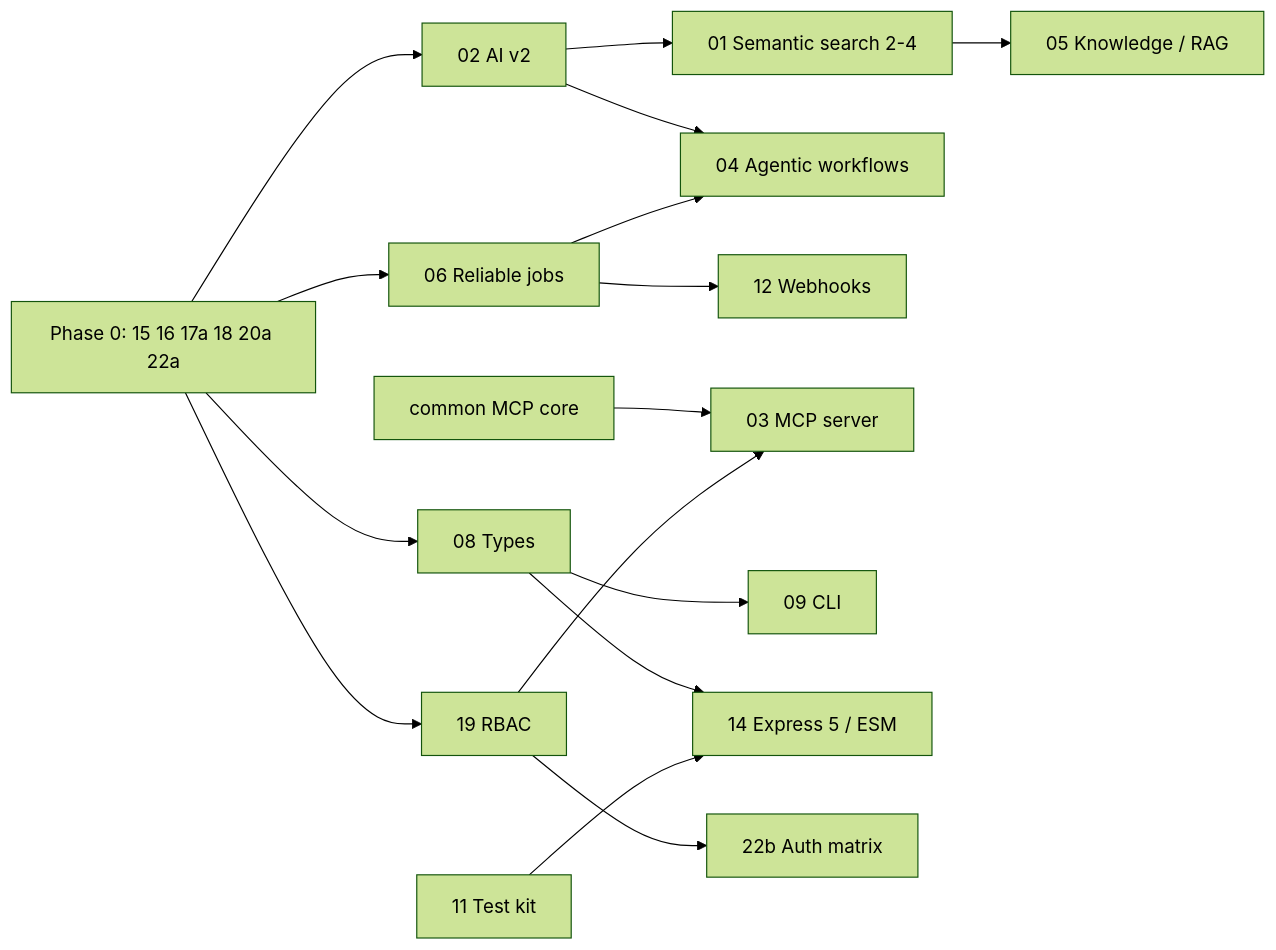
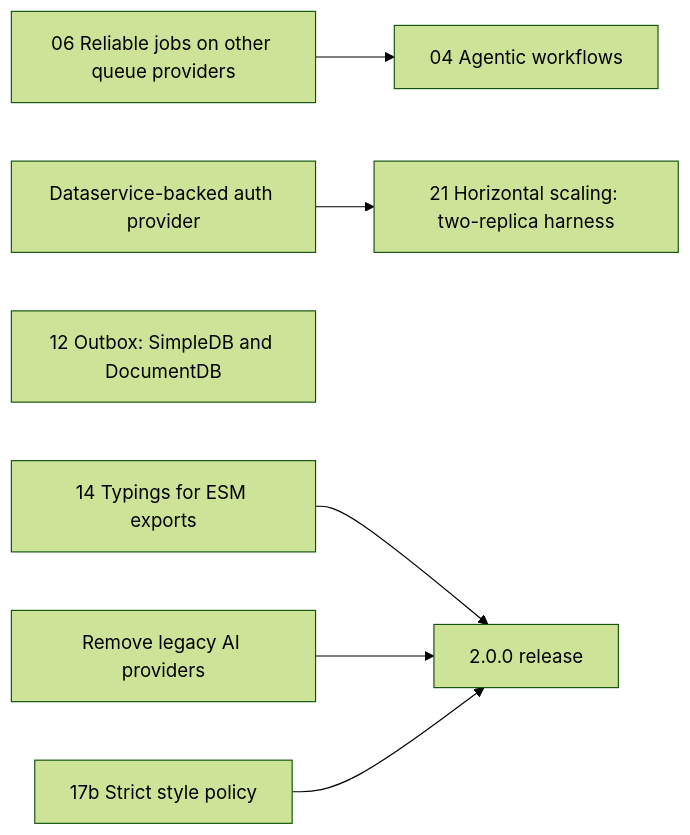
One commit to StephenBooysen/nooblyjs-core changed the diagram in .claude/steering/Roadmap.md. Above: the diagram before and after it, drawn with Mermaid (forest theme). The commit also changed other lines of this file and 4 other files, not shown here.

First line of the commit message:
docs: align roadmap, steering docs and README with shipped product

````diff
--- a/.claude/steering/Roadmap.md
+++ b/.claude/steering/Roadmap.md
@@ -89,18 +47,9 @@
 ```mermaid
 graph LR
-  P0[Phase 0: 15 16 17a 18 20a 22a] --> F19[19 RBAC]
-  P0 --> F02[02 AI v2]
-  P0 --> F06[06 Reliable jobs]
-  P0 --> F08[08 Types]
-  F02 --> S01[01 Semantic search 2-4]
-  S01 --> F05[05 Knowledge / RAG]
-  F02 --> F04[04 Agentic workflows]
-  F06 --> F04
-  F06 --> F12[12 Webhooks]
-  MCP[common MCP core] --> F03[03 MCP server]
-  F19 --> F03
-  F08 --> F09[09 CLI]
-  F08 --> F14[14 Express 5 / ESM]
-  F11[11 Test kit] --> F14
-  F19 --> F22b[22b Auth matrix]
+  F06[06 Reliable jobs on other queue providers] --> F04[04 Agentic workflows]
+  AUTH[Dataservice-backed auth provider] --> F21[21 Horizontal scaling: two-replica harness]
+  F12[12 Outbox: SimpleDB and DocumentDB]
+  F14[14 Typings for ESM exports] --> R2[2.0.0 release]
+  LEGACY[Remove legacy AI providers] --> R2
+  CSP[17b Strict style policy] --> R2
 ```
````
